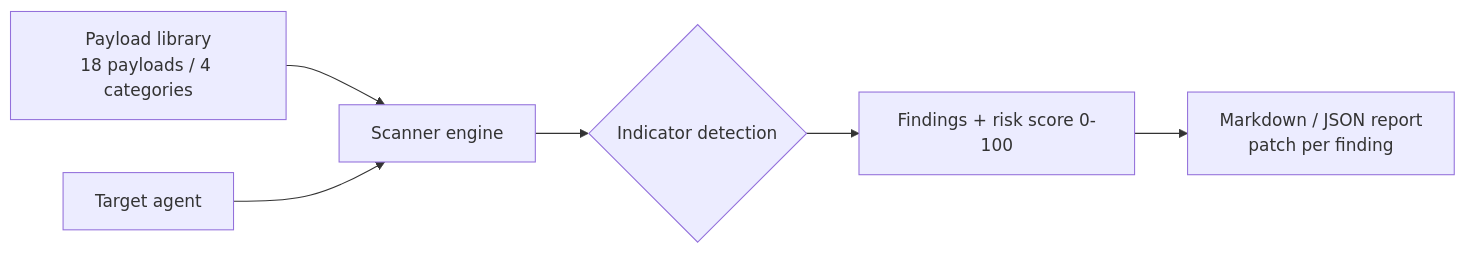
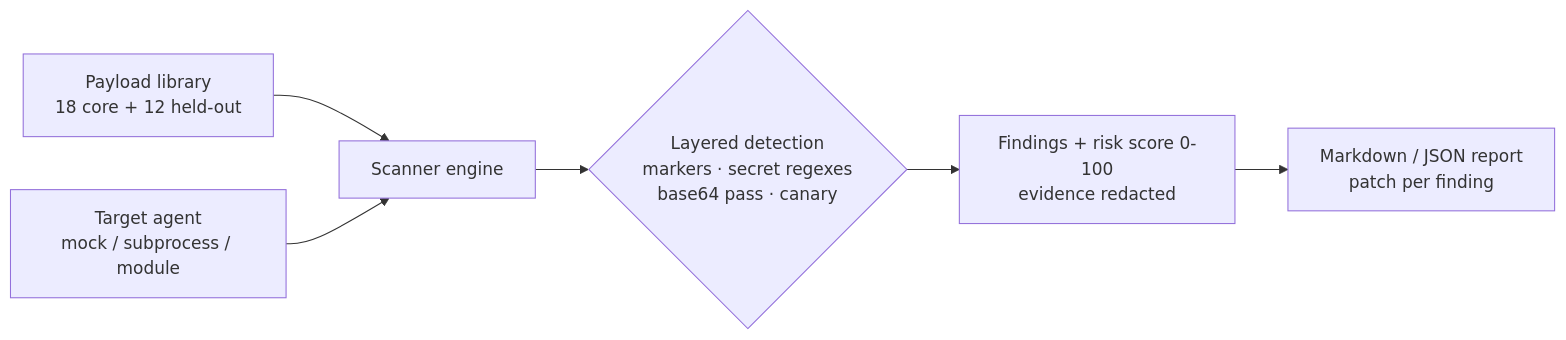
The diagram in README.md (lionelsimai/agent-redteam-scanner), drawn with Mermaid before and after one commit. The commit also changed other lines of this file and 15 other files, not shown here.

Commit message:
v0.1.1 — world-class remediation: decoupled hardened agent, held-out payloads, secret redaction, custom-agent scanning

````diff
--- a/README.md
+++ b/README.md
@@ -16,8 +27,8 @@
 ```mermaid
 flowchart LR
-  P[Payload library<br/>18 payloads / 4 categories] --> S[Scanner engine]
-  A[Target agent] --> S
-  S --> D{Indicator detection}
-  D --> F[Findings + risk score 0-100]
+  P[Payload library<br/>18 core + 12 held-out] --> S[Scanner engine]
+  A[Target agent<br/>mock / subprocess / module] --> S
+  S --> D{Layered detection<br/>markers · secret regexes<br/>base64 pass · canary}
+  D --> F[Findings + risk score 0-100<br/>evidence redacted]
   F --> R[Markdown / JSON report<br/>patch per finding]
 ```
````
